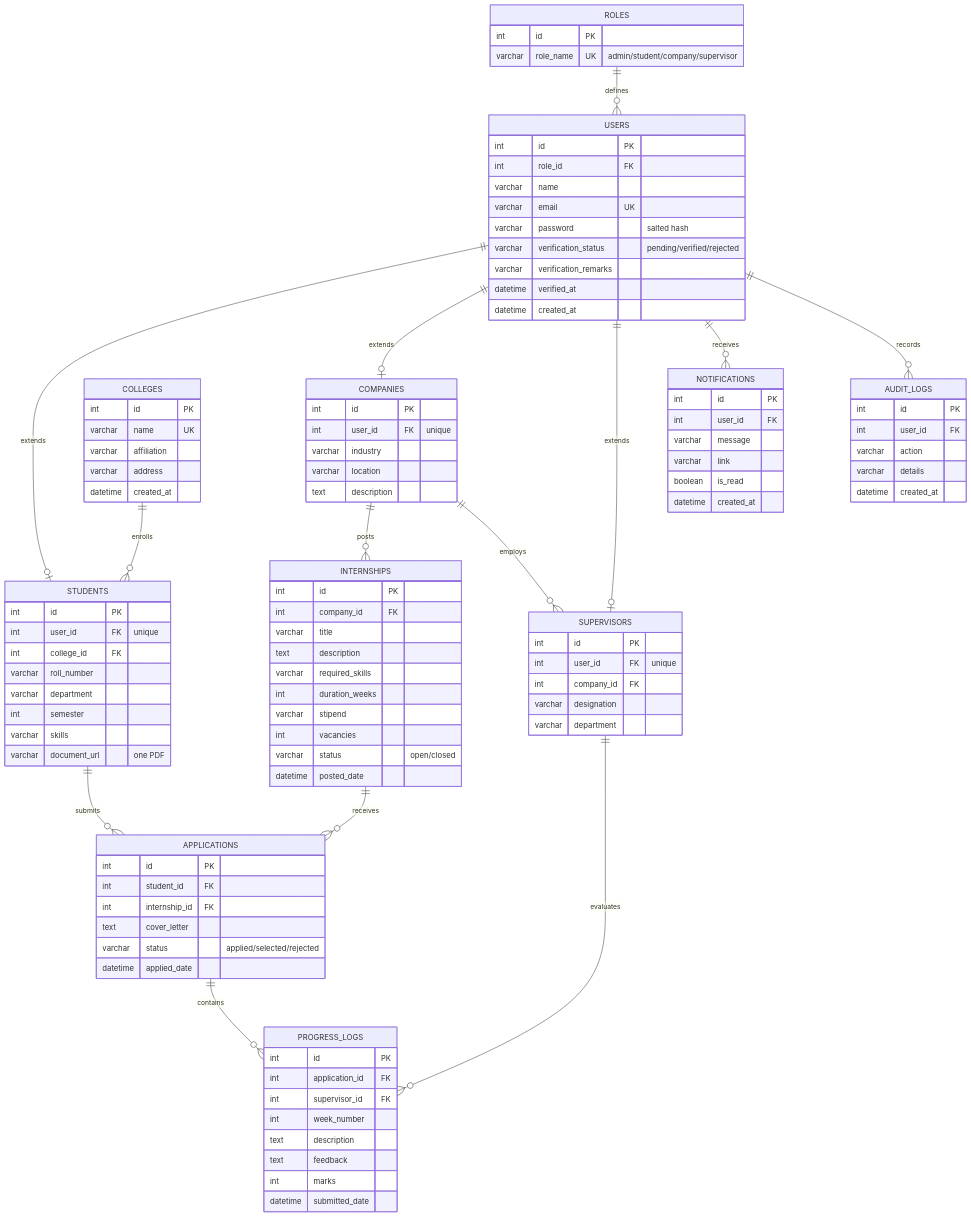
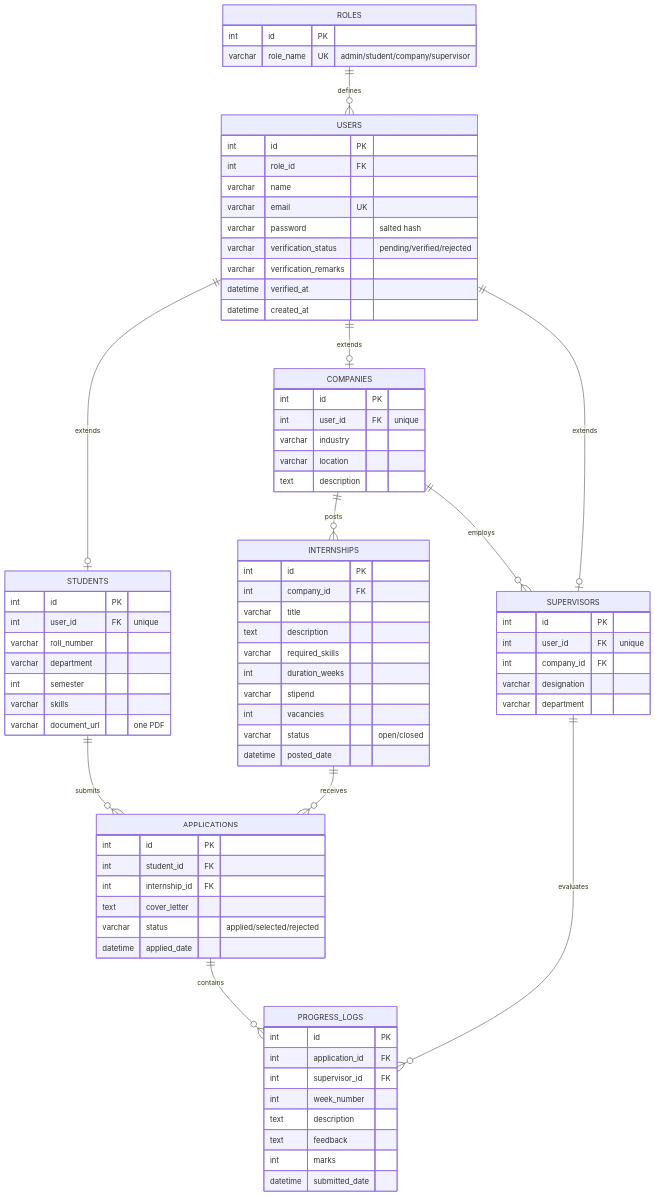
Before and after one commit to RamSinghKarki/Internship_Portal: the eighth of 9 diagrams in docs/Internship_Portal_Report.md, drawn with Mermaid. The commit also changed other lines of this file and 43 other files, not shown here.

First line of the commit message:
Rebuild every document around the 8-table schema

````diff
--- a/docs/Internship_Portal_Report.md
+++ b/docs/Internship_Portal_Report.md
@@ -977,26 +943,16 @@
     USERS ||--o| STUDENTS : "extends"
     USERS ||--o| COMPANIES : "extends"
     USERS ||--o| SUPERVISORS : "extends"
-    COLLEGES ||--o{ STUDENTS : "enrolls"
     COMPANIES ||--o{ INTERNSHIPS : "posts"
     COMPANIES ||--o{ SUPERVISORS : "employs"
     STUDENTS ||--o{ APPLICATIONS : "submits"
     INTERNSHIPS ||--o{ APPLICATIONS : "receives"
     APPLICATIONS ||--o{ PROGRESS_LOGS : "contains"
     SUPERVISORS ||--o{ PROGRESS_LOGS : "evaluates"
-    USERS ||--o{ NOTIFICATIONS : "receives"
-    USERS ||--o{ AUDIT_LOGS : "records"
 
     ROLES {
         int id PK
         varchar role_name UK "admin/student/company/supervisor"
-    }
-    COLLEGES {
-        int id PK
-        varchar name UK
-        varchar affiliation
-        varchar address
-        datetime created_at
     }
     USERS {
         int id PK
@@ -1012,7 +968,6 @@
     STUDENTS {
         int id PK
         int user_id FK "unique"
-        int college_id FK
         varchar roll_number
         varchar department
         int semester
@@ -1063,19 +1018,4 @@
         int marks
         datetime submitted_date
     }
-    NOTIFICATIONS {
-        int id PK
-        int user_id FK
-        varchar message
-        varchar link
-        boolean is_read
-        datetime created_at
-    }
-    AUDIT_LOGS {
-        int id PK
-        int user_id FK
-        varchar action
-        varchar details
-        datetime created_at
-    }
 ```
````
